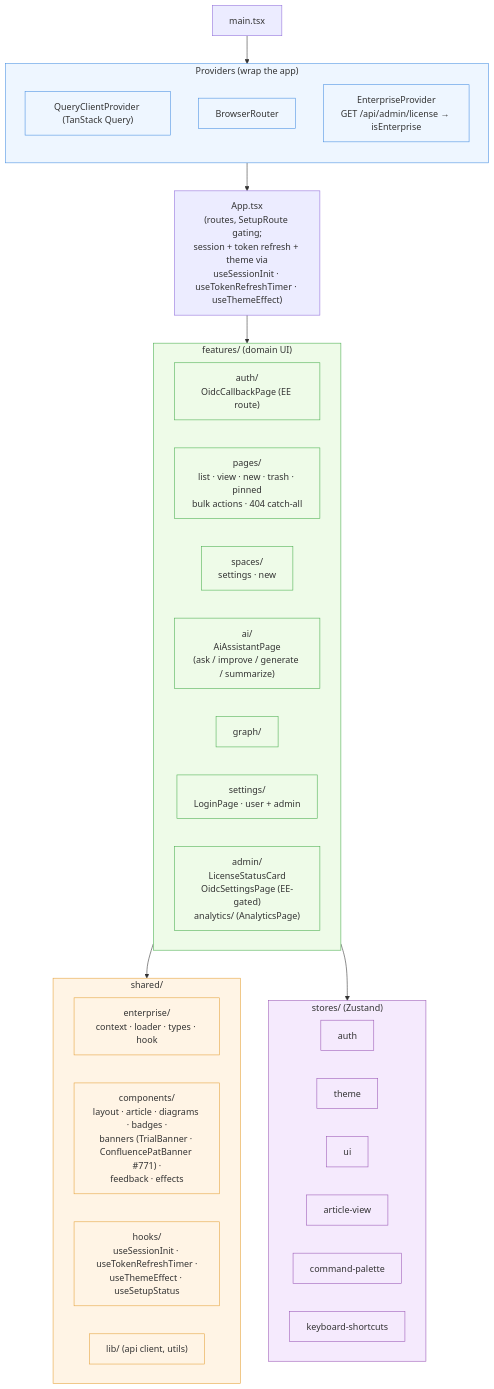
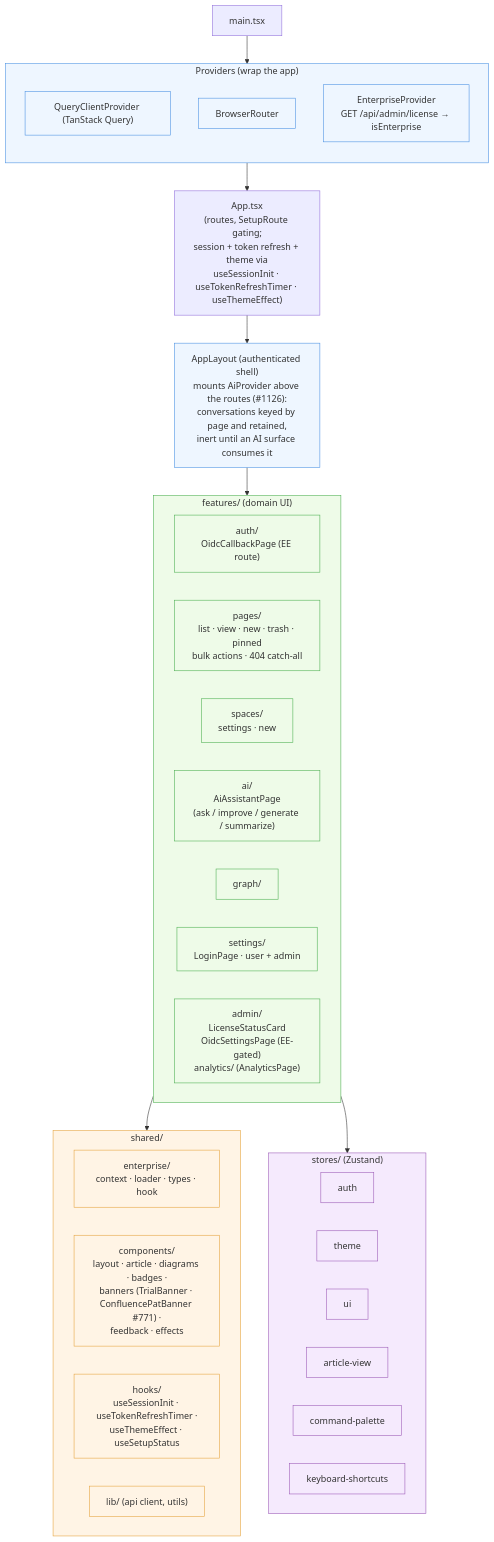
The first of 2 diagrams in docs/architecture/04-frontend-structure.md (Compendiq/compendiq-ce), drawn with Mermaid before and after one commit. The commit also changed 7 other files, not shown here.

````diff
--- a/docs/architecture/04-frontend-structure.md
+++ b/docs/architecture/04-frontend-structure.md
@@ -8,57 +8,58 @@
 ```mermaid
 flowchart TB
     main["main.tsx"]
 
     subgraph providers["Providers (wrap the app)"]
         direction TB
         qp["QueryClientProvider (TanStack Query)"]
         rp["BrowserRouter"]
         ep["EnterpriseProvider<br/>GET /api/admin/license → isEnterprise"]
     end
 
     main --> providers
     providers --> app["App.tsx<br/>(routes, SetupRoute gating;<br/>session + token refresh + theme via<br/>useSessionInit · useTokenRefreshTimer · useThemeEffect)"]
 
     subgraph features["features/ (domain UI)"]
         direction LR
         fAuth["auth/<br/>OidcCallbackPage (EE route)"]
         fPages["pages/<br/>list · view · new · trash · pinned<br/>bulk actions · 404 catch-all"]
         fSpaces["spaces/<br/>settings · new"]
         fAI["ai/<br/>AiAssistantPage<br/>(ask / improve / generate / summarize)"]
         fGraph["graph/"]
         fSettings["settings/<br/>LoginPage · user + admin"]
         fAdmin["admin/<br/>LicenseStatusCard<br/>OidcSettingsPage (EE-gated)<br/>analytics/ (AnalyticsPage)"]
     end
 
-    app --> features
+    app --> shell["AppLayout (authenticated shell)<br/>mounts AiProvider above the routes (#1126):<br/>conversations keyed by page and retained,<br/>inert until an AI surface consumes it"]
+    shell --> features
 
     subgraph shared["shared/"]
         direction LR
         sEnt["enterprise/<br/>context · loader · types · hook"]
         sComp["components/<br/>layout · article · diagrams · badges ·<br/>banners (TrialBanner · ConfluencePatBanner #771) ·<br/>feedback · effects"]
         sHooks["hooks/<br/>useSessionInit · useTokenRefreshTimer ·<br/>useThemeEffect · useSetupStatus"]
         sLib["lib/ (api client, utils)"]
     end
 
     features --> shared
 
     subgraph stores["stores/ (Zustand)"]
         zAuth["auth"]
         zTheme["theme"]
         zUI["ui"]
         zAV["article-view"]
         zCmd["command-palette"]
         zKb["keyboard-shortcuts"]
     end
 
     features --> stores
 
     classDef prov fill:#eef6ff,stroke:#4a90e2
     classDef feat fill:#eefbe8,stroke:#4caf50
     classDef sh fill:#fff4e5,stroke:#e5a23c
     classDef st fill:#f5eafd,stroke:#9b59b6
-    class providers,qp,rp,ep prov
+    class providers,qp,rp,ep,shell prov
     class features,fAuth,fPages,fSpaces,fAI,fGraph,fSettings,fAdmin feat
     class shared,sEnt,sComp,sHooks,sLib sh
     class stores,zAuth,zTheme,zUI,zAV,zCmd,zKb st
 ```
````
